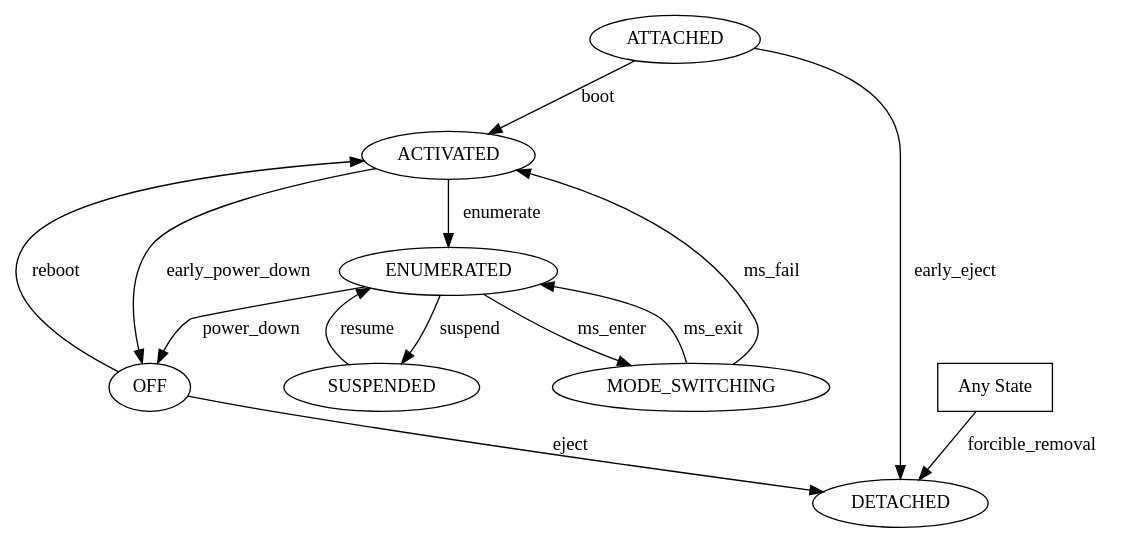
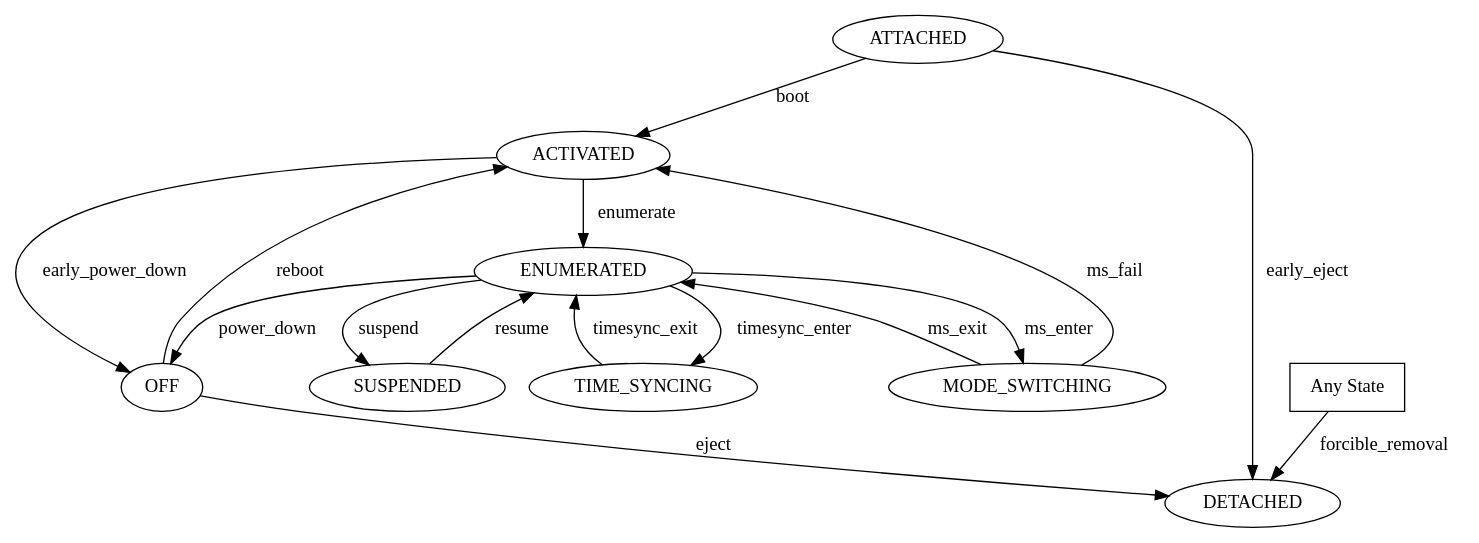
One commit to projectara/greybus-spec changed the diagram in source/img/dot/interface-lifecycle.dot. Above: the diagram before and after it, drawn with Graphviz. The commit also changed 3 other files, not shown here.

```diff
--- a/source/img/dot/interface-lifecycle.dot
+++ b/source/img/dot/interface-lifecycle.dot
@@ -1,23 +1,25 @@
 digraph {
     node [group=trunk];
     ATTACHED -> ACTIVATED [label="boot  "];
     ACTIVATED -> ENUMERATED [label="enumerate  "];
     ENUMERATED -> OFF [label="power_down  "];
     OFF -> DETACHED [label="eject"];
     ATTACHED -> DETACHED [label=" early_eject"];
 
     subgraph alive {
         MODE_SWITCHING -> ENUMERATED [label="ms_exit"];
         ENUMERATED -> MODE_SWITCHING [label="ms_enter"];
+        ENUMERATED -> TIME_SYNCING [label="timesync_enter"];
+        TIME_SYNCING -> ENUMERATED [label="timesync_exit"];
         ENUMERATED -> SUSPENDED [label="suspend  "];
         SUSPENDED -> ENUMERATED [label="resume  "];
     }
     MODE_SWITCHING -> ACTIVATED [label="ms_fail"];
 
     OFF -> ACTIVATED [label="reboot  "];
     ACTIVATED -> OFF [label="early_power_down"];
     subgraph oops {
         ANY [label="Any State",shape=box];
         ANY -> DETACHED [label="forcible_removal"];
     }
 }
```
